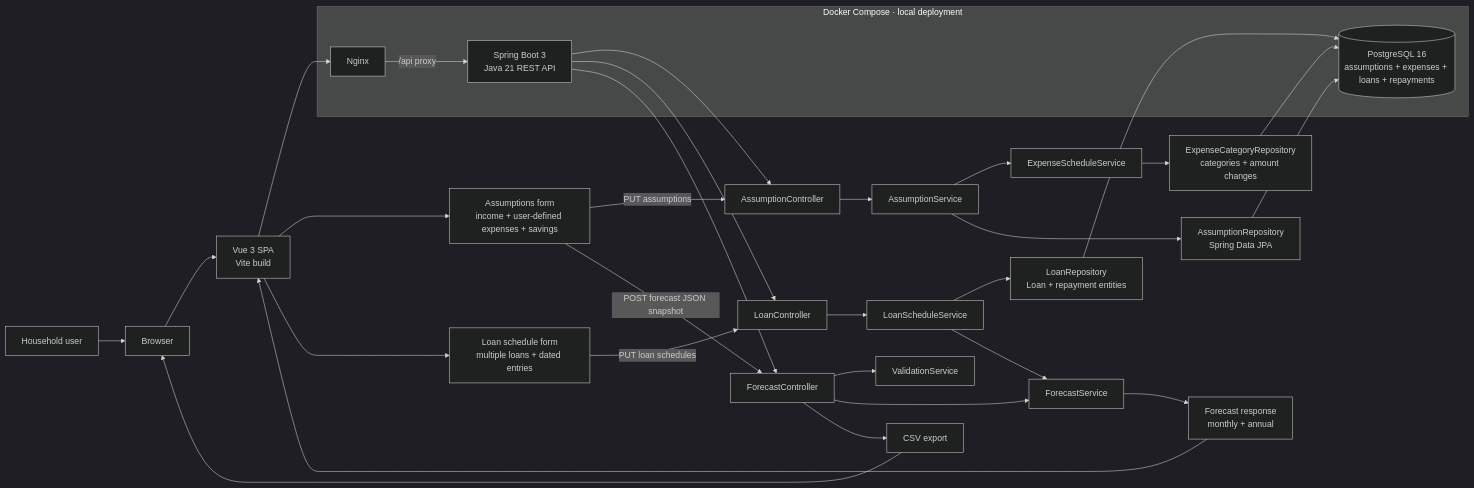
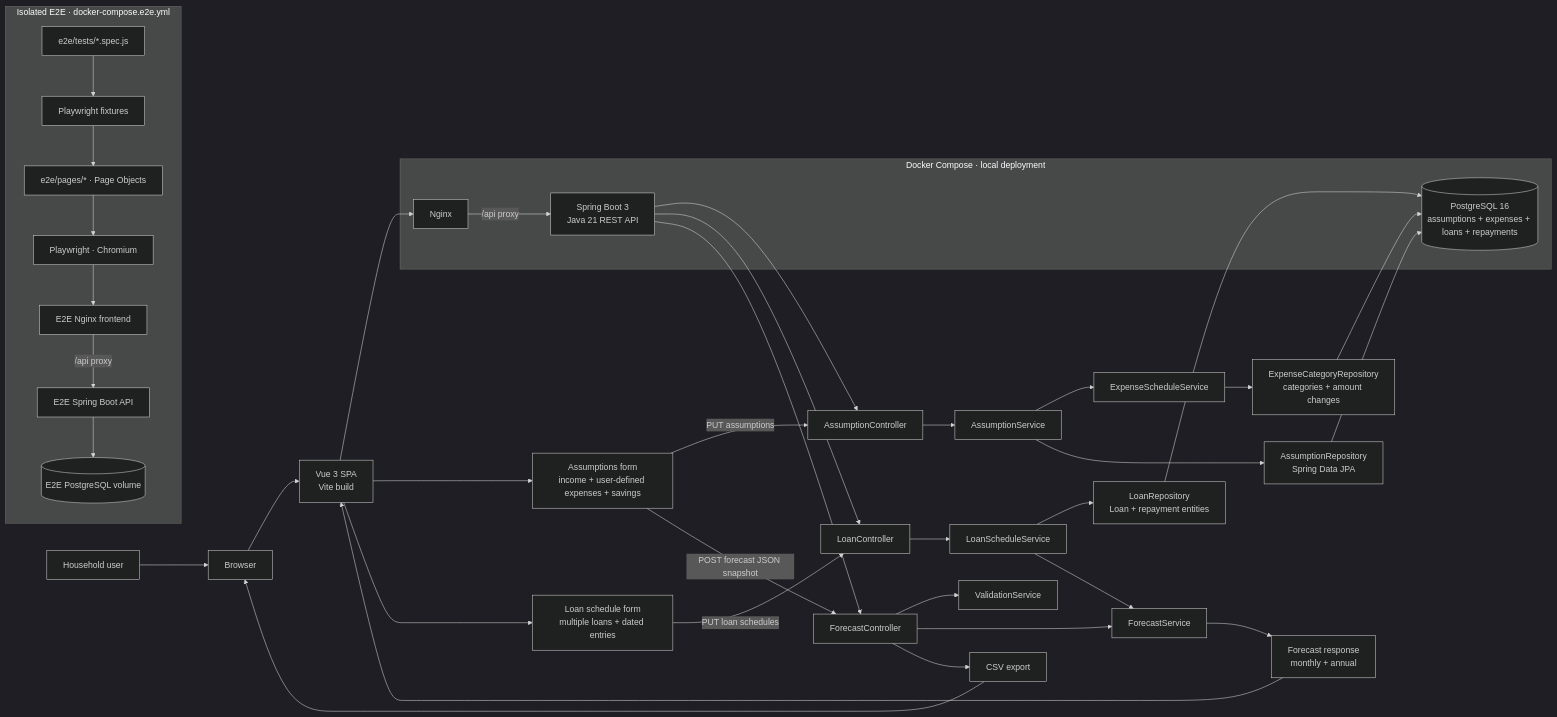
Before and after one commit to samdofreelancer/personal-finance-planner: the diagram in docs/diagrams/system-architecture.mmd, drawn with Mermaid (dark theme). The commit also changed 21 other files, not shown here.

Commit message:
refactor(e2e): isolate Playwright package with page objects

```diff
--- a/docs/diagrams/system-architecture.mmd
+++ b/docs/diagrams/system-architecture.mmd
@@ -1,34 +1,43 @@
 flowchart LR
   U["Household user"] --> B["Browser"]
   B --> FE["Vue 3 SPA<br/>Vite build"]
   FE --> N["Nginx"]
   N -->|"/api proxy"| API["Spring Boot 3<br/>Java 21 REST API"]
   API --> AC["AssumptionController"]
   API --> LC["LoanController"]
   API --> FC["ForecastController"]
   AC --> AS["AssumptionService"]
   AS --> ES["ExpenseScheduleService"]
   LC --> LS["LoanScheduleService"]
   FC --> VS["ValidationService"]
   FC --> FS["ForecastService"]
   AS --> REPO["AssumptionRepository<br/>Spring Data JPA"]
   ES --> EREPO["ExpenseCategoryRepository<br/>categories + amount changes"]
   LS --> LREPO["LoanRepository<br/>Loan + repayment entities"]
   REPO --> DB[("PostgreSQL 16<br/>assumptions + expenses + loans + repayments")]
   EREPO --> DB
   LREPO --> DB
   LS --> FS
   FS --> OUT["Forecast response<br/>monthly + annual"]
   OUT --> FE
   FC --> CSV["CSV export"]
   CSV --> B
   FE --> FORM["Assumptions form<br/>income + user-defined expenses + savings"]
   FE --> LFORM["Loan schedule form<br/>multiple loans + dated entries"]
   FORM -->|"PUT assumptions"| AC
   LFORM -->|"PUT loan schedules"| LC
   FORM -->|"POST forecast JSON snapshot"| FC
   subgraph Runtime["Docker Compose · local deployment"]
     N
     API
     DB
   end
+
+  subgraph E2E["Isolated E2E · docker-compose.e2e.yml"]
+    SPEC["e2e/tests/*.spec.js"] --> FIXTURE["Playwright fixtures"]
+    FIXTURE --> POM["e2e/pages/* · Page Objects"]
+    POM --> PW["Playwright · Chromium"]
+    PW --> E2EN["E2E Nginx frontend"]
+    E2EN -->|"/api proxy"| E2EAPI["E2E Spring Boot API"]
+    E2EAPI --> E2EDB[("E2E PostgreSQL volume")]
+  end
```
